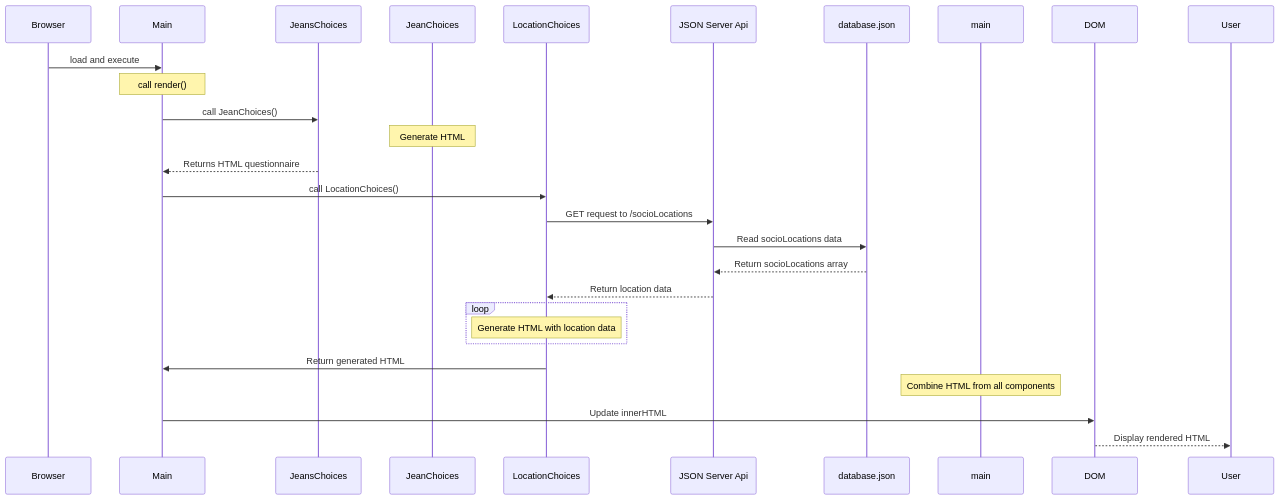
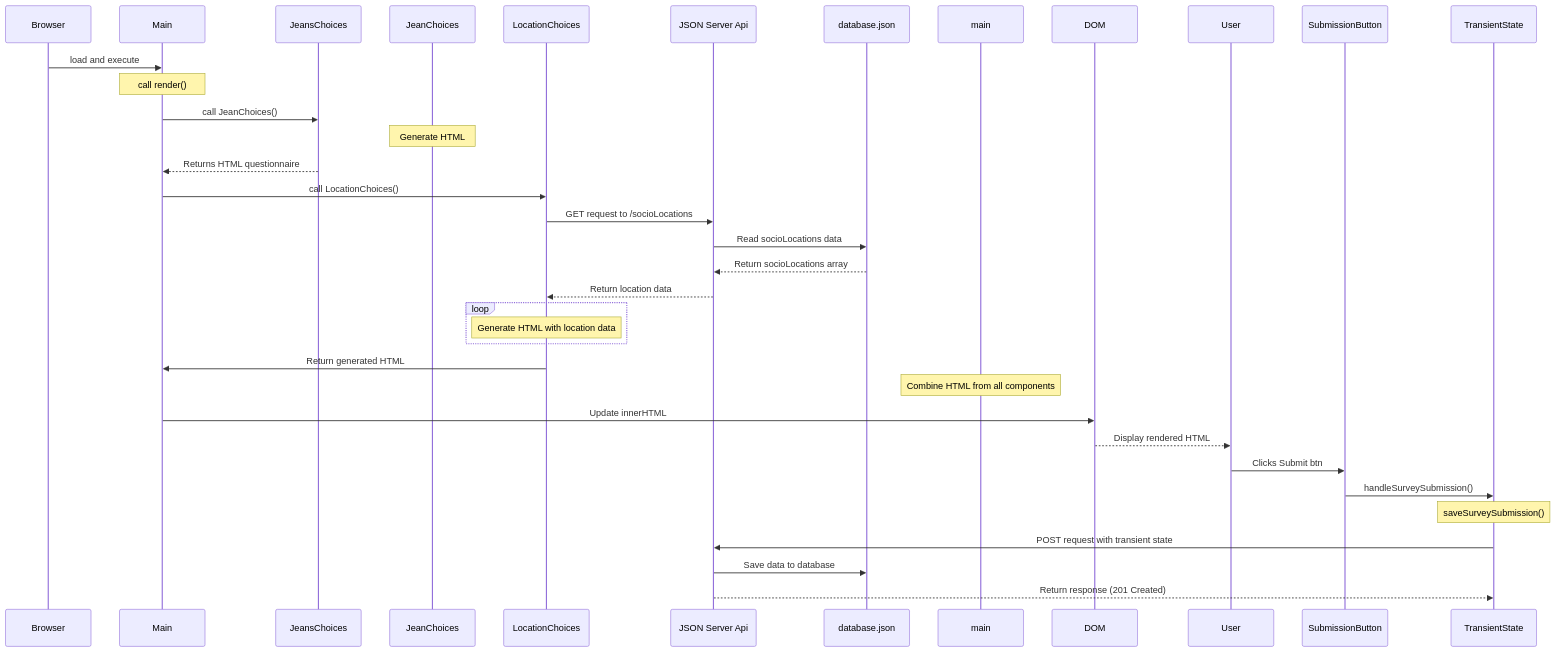
One commit to patrick-mcisaac/Indiana-Jeans changed the diagram in seq.mmd. Above: the diagram before and after it, drawn with Mermaid. The commit also changed other lines of this file and 7 other files, not shown here.

```diff
--- a/seq.mmd
+++ b/seq.mmd
@@ -1,32 +1,44 @@
 sequenceDiagram
 Browser ->> Main: load and execute
 
 Note over Main: call render()
 
 Main ->> JeansChoices: call JeanChoices()
 
 Note over JeanChoices: Generate HTML
 
 JeansChoices -->> Main: Returns HTML questionnaire
 
 Main ->> LocationChoices: call LocationChoices()
 
 LocationChoices ->> JSON Server Api: GET request to /socioLocations
 
 JSON Server Api ->> database.json: Read socioLocations data
 
 database.json -->> JSON Server Api: Return socioLocations array
 
 JSON Server Api -->> LocationChoices: Return location data
 
 loop
     Note over LocationChoices: Generate HTML with location data
 end
 
 LocationChoices ->> Main: Return generated HTML
 
 Note over main: Combine HTML from all components
 
 Main ->> DOM: Update innerHTML
 
 DOM -->> User: Display rendered HTML
+
+User ->> SubmissionButton: Clicks Submit btn
+
+SubmissionButton ->> TransientState: handleSurveySubmission()
+
+Note over TransientState: saveSurveySubmission()
+
+TransientState ->> JSON Server Api: POST request with transient state
+
+JSON Server Api ->> database.json: Save data to database
+
+JSON Server Api -->> TransientState: Return response (201 Created)
```
